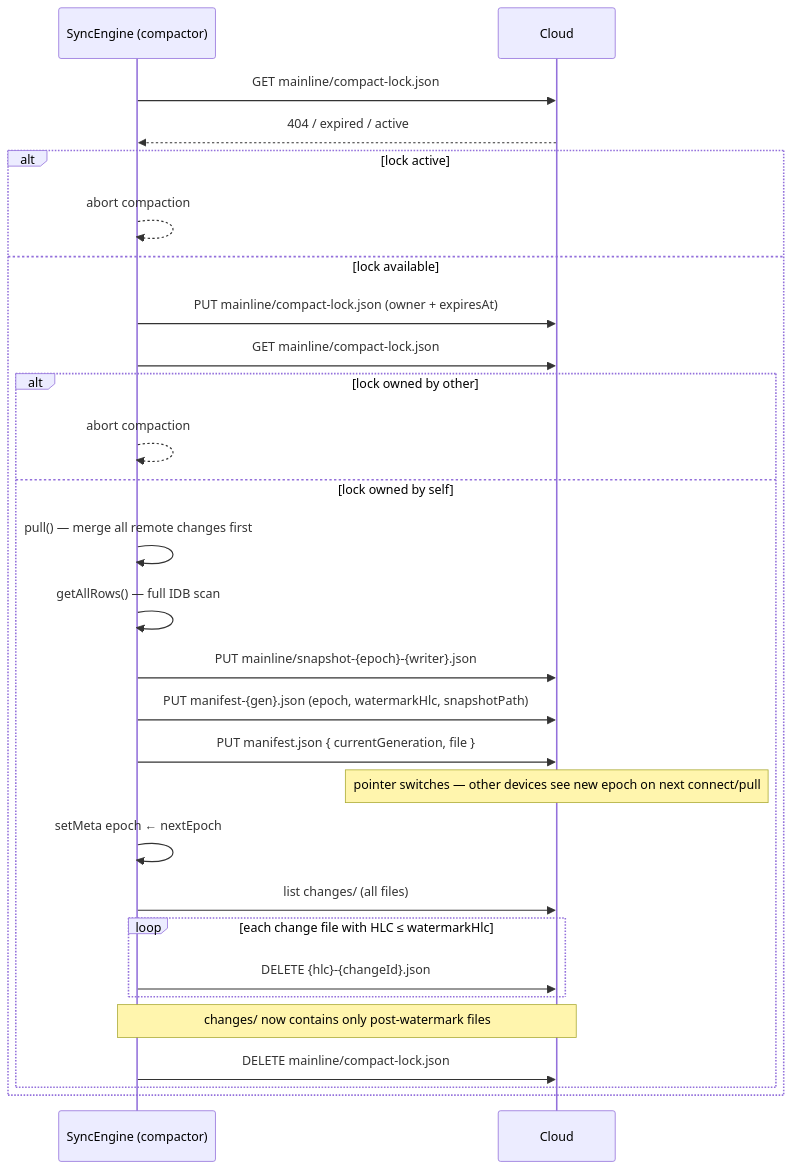
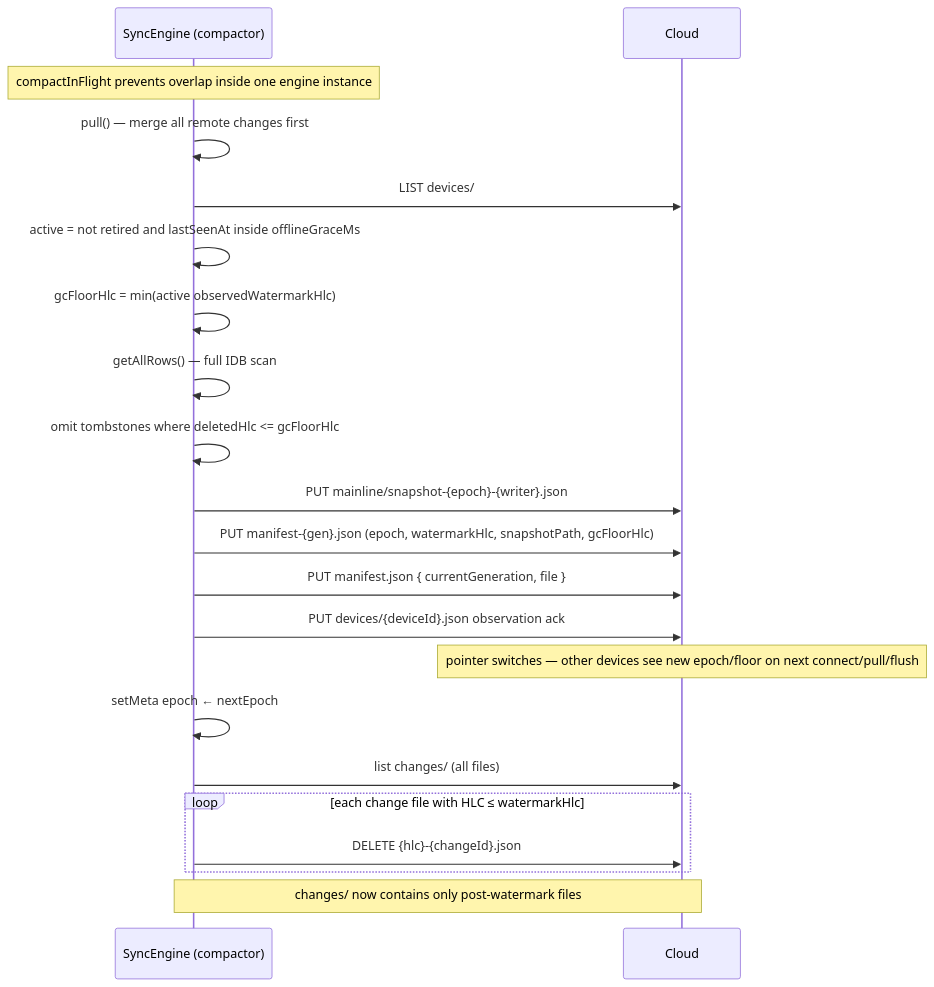
One commit to Machine-Garden/interocitor changed the fourth of 7 diagrams in docs/flows.md. Above: the diagram before and after it, drawn with Mermaid. The commit also changed other lines of this file and 15 other files, not shown here.

````diff
--- a/docs/flows.md
+++ b/docs/flows.md
@@ -86,33 +90,26 @@
 ```mermaid
 sequenceDiagram
     participant E as SyncEngine (compactor)
     participant C as Cloud
 
-    E->>C: GET mainline/compact-lock.json
-    C-->>E: 404 / expired / active
-    alt lock active
-        E-->>E: abort compaction
-    else lock available
-        E->>C: PUT mainline/compact-lock.json (owner + expiresAt)
-        E->>C: GET mainline/compact-lock.json
-        alt lock owned by other
-            E-->>E: abort compaction
-        else lock owned by self
-            E->>E: pull() — merge all remote changes first
-            E->>E: getAllRows() — full IDB scan
-            E->>C: PUT mainline/snapshot-{epoch}-{writer}.json
-            E->>C: PUT manifest-{gen}.json (epoch, watermarkHlc, snapshotPath)
-            E->>C: PUT manifest.json { currentGeneration, file }
-            Note over C: pointer switches — other devices see new epoch on next connect/pull
+    Note over E: compactInFlight prevents overlap inside one engine instance
+    E->>E: pull() — merge all remote changes first
+    E->>C: LIST devices/
+    E->>E: active = not retired and lastSeenAt inside offlineGraceMs
+    E->>E: gcFloorHlc = min(active observedWatermarkHlc)
+    E->>E: getAllRows() — full IDB scan
+    E->>E: omit tombstones where deletedHlc <= gcFloorHlc
+    E->>C: PUT mainline/snapshot-{epoch}-{writer}.json
+    E->>C: PUT manifest-{gen}.json (epoch, watermarkHlc, snapshotPath, gcFloorHlc)
+    E->>C: PUT manifest.json { currentGeneration, file }
+    E->>C: PUT devices/{deviceId}.json observation ack
+    Note over C: pointer switches — other devices see new epoch/floor on next connect/pull/flush
 
-            E->>E: setMeta epoch ← nextEpoch
+    E->>E: setMeta epoch ← nextEpoch
 
-            E->>C: list changes/ (all files)
-            loop each change file with HLC ≤ watermarkHlc
-                E->>C: DELETE {hlc}-{changeId}.json
-            end
-            Note over E,C: changes/ now contains only post-watermark files
-            E->>C: DELETE mainline/compact-lock.json
-        end
+    E->>C: list changes/ (all files)
+    loop each change file with HLC ≤ watermarkHlc
+        E->>C: DELETE {hlc}-{changeId}.json
     end
+    Note over E,C: changes/ now contains only post-watermark files
 ```
````
